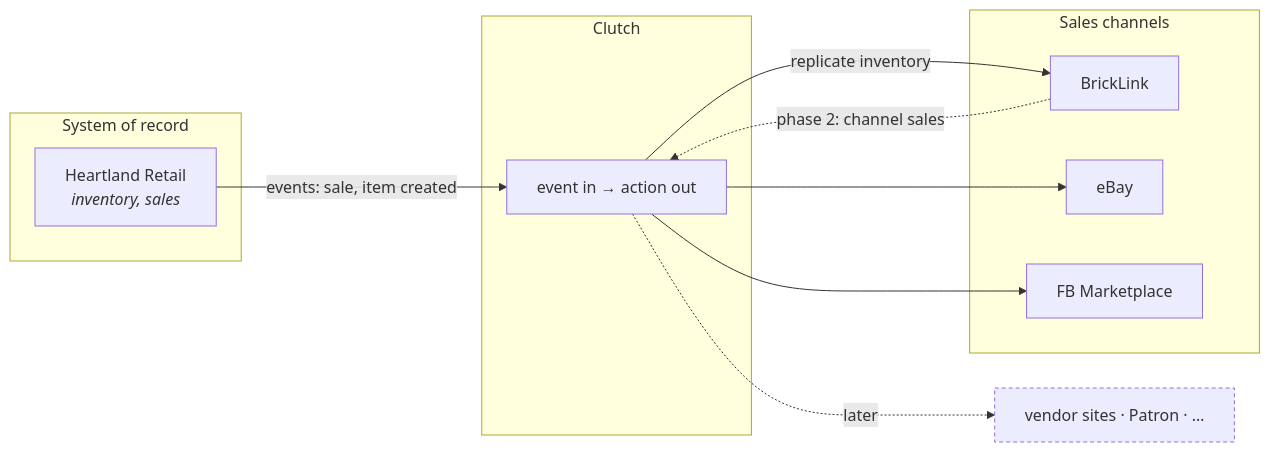
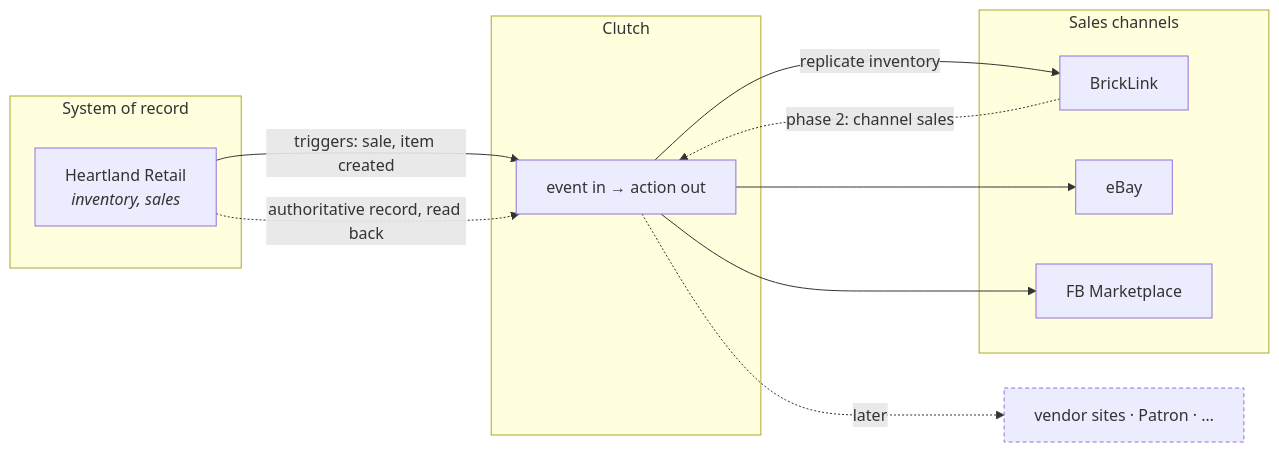
The diagram in design/README.md (bamherndon/Clutch), drawn with Mermaid before and after one commit. The commit also changed other lines of this file and 7 other files, not shown here.

First line of the commit message:
Record the asynchronous architecture and the trigger trust model

````diff
--- a/design/README.md
+++ b/design/README.md
@@ -22,28 +22,29 @@
 ```mermaid
 graph LR
     subgraph record["System of record"]
         HL["Heartland Retail<br/><i>inventory, sales</i>"]
     end
 
     subgraph clutch["Clutch"]
         CORE["event in → action out"]
     end
 
     subgraph channels["Sales channels"]
         BL["BrickLink"]
         EB["eBay"]
         FB["FB Marketplace"]
     end
 
     FUTURE["vendor sites · Patron · …"]
 
-    HL -->|"events: sale, item created"| CORE
+    HL -->|"triggers: sale, item created"| CORE
+    HL -.->|"authoritative record, read back"| CORE
     CORE -->|"replicate inventory"| BL
     CORE --> EB
     CORE --> FB
     CORE -.->|"later"| FUTURE
     BL -.->|"phase 2: channel sales"| CORE
 
     classDef later stroke-dasharray: 4 3
     class FUTURE later
 ```
````
